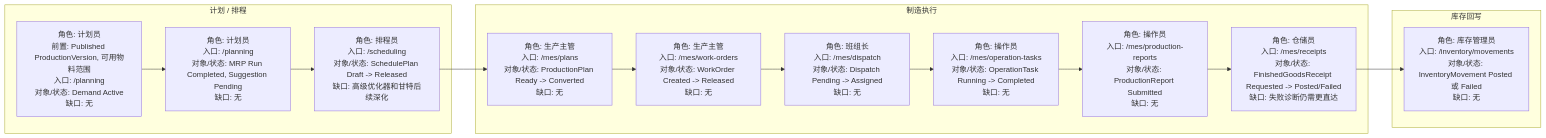
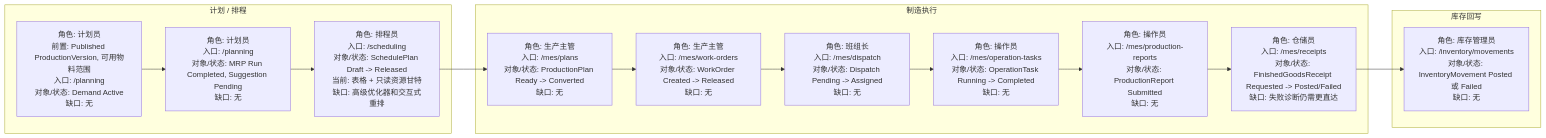
One commit to Mang-X/Nerv-IIP changed the second of 6 diagrams in frontend/apps/docs/docs/processes/index.md. Above: the diagram before and after it, drawn with Mermaid. The commit also changed other lines of this file and 17 other files, not shown here.

Commit message:
feat: add read-only APS resource gantt

````diff
--- a/frontend/apps/docs/docs/processes/index.md
+++ b/frontend/apps/docs/docs/processes/index.md
@@ -49,21 +49,21 @@
 ```mermaid
 flowchart LR
   subgraph Plan["计划 / 排程"]
     P0["角色: 计划员<br/>前置: Published ProductionVersion, 可用物料范围<br/>入口: /planning<br/>对象/状态: Demand Active<br/>缺口: 无"]
     P1["角色: 计划员<br/>入口: /planning<br/>对象/状态: MRP Run Completed, Suggestion Pending<br/>缺口: 无"]
-    P2["角色: 排程员<br/>入口: /scheduling<br/>对象/状态: SchedulePlan Draft -> Released<br/>缺口: 高级优化器和甘特后续深化"]
+    P2["角色: 排程员<br/>入口: /scheduling<br/>对象/状态: SchedulePlan Draft -> Released<br/>当前: 表格 + 只读资源甘特<br/>缺口: 高级优化器和交互式重排"]
   end
   subgraph MES["制造执行"]
     M1["角色: 生产主管<br/>入口: /mes/plans<br/>对象/状态: ProductionPlan Ready -> Converted<br/>缺口: 无"]
     M2["角色: 生产主管<br/>入口: /mes/work-orders<br/>对象/状态: WorkOrder Created -> Released<br/>缺口: 无"]
     M3["角色: 班组长<br/>入口: /mes/dispatch<br/>对象/状态: Dispatch Pending -> Assigned<br/>缺口: 无"]
     M4["角色: 操作员<br/>入口: /mes/operation-tasks<br/>对象/状态: OperationTask Running -> Completed<br/>缺口: 无"]
     M5["角色: 操作员<br/>入口: /mes/production-reports<br/>对象/状态: ProductionReport Submitted<br/>缺口: 无"]
     M6["角色: 仓储员<br/>入口: /mes/receipts<br/>对象/状态: FinishedGoodsReceipt Requested -> Posted/Failed<br/>缺口: 失败诊断仍需更直达"]
   end
   subgraph Inventory["库存回写"]
     I1["角色: 库存管理员<br/>入口: /inventory/movements<br/>对象/状态: InventoryMovement Posted 或 Failed<br/>缺口: 无"]
   end
 
   P0 --> P1 --> P2 --> M1 --> M2 --> M3 --> M4 --> M5 --> M6 --> I1
 ```
````
